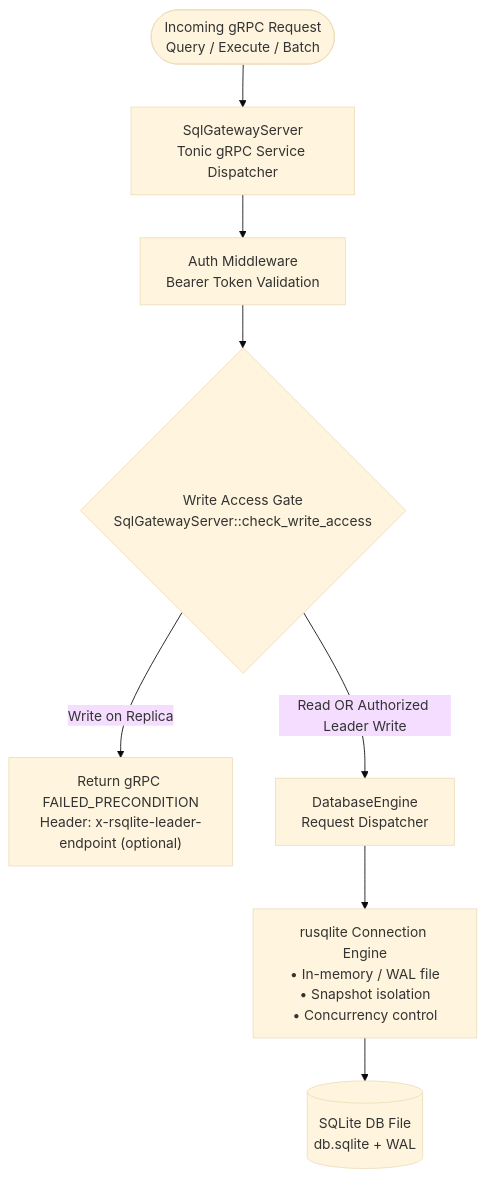
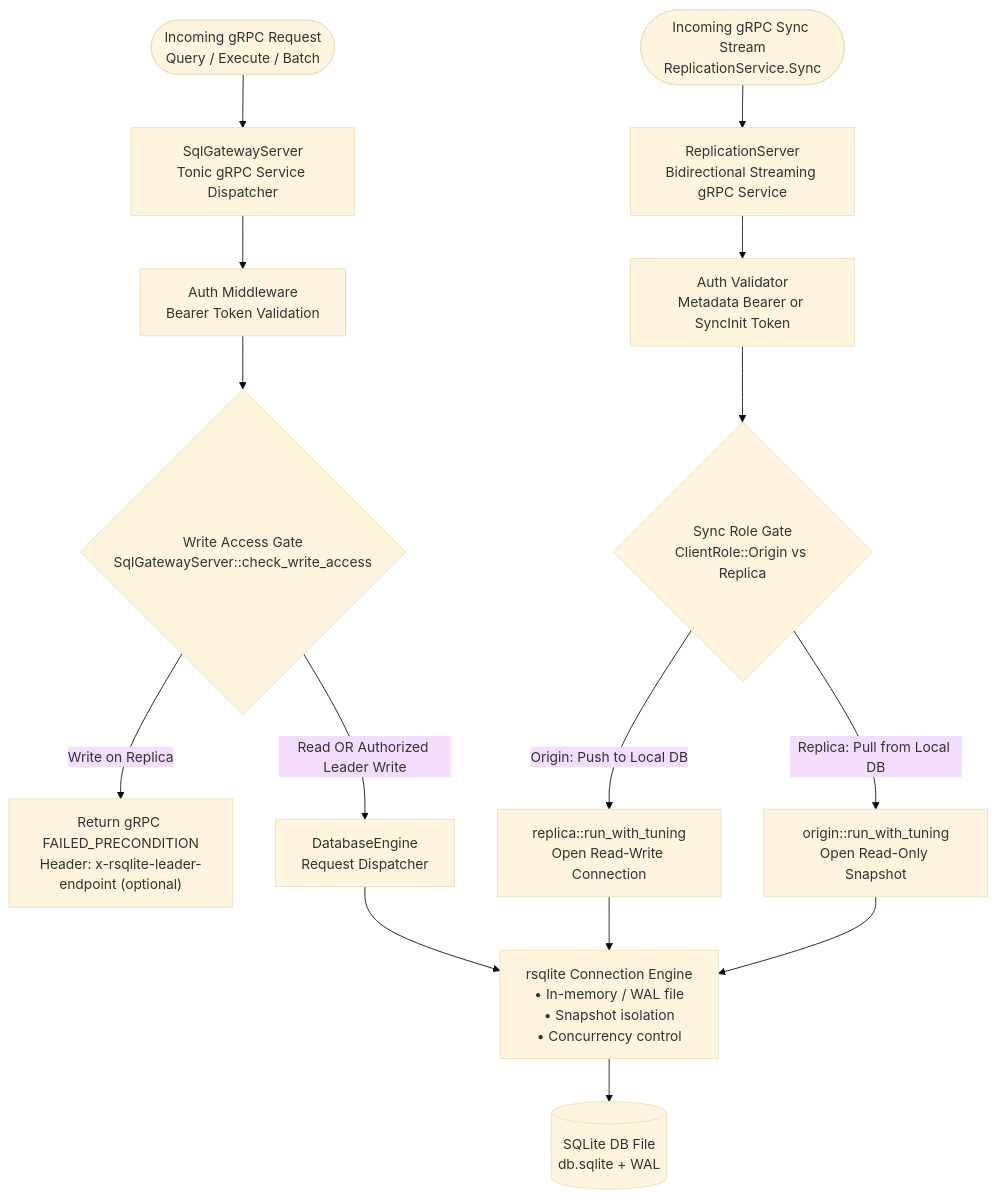
The third of 12 diagrams in docs/architecture-diagrams.md (sria91/rsqlite-rsync), drawn with Mermaid (base theme) before and after one commit. The commit also changed other lines of this file and 23 other files, not shown here.

First line of the commit message:
feat: native gRPC streaming replication, auth, and updated documentation (#17)

````diff
--- a/docs/architecture-diagrams.md
+++ b/docs/architecture-diagrams.md
@@ -130,12 +130,24 @@
 ```mermaid
 flowchart TD
     ClientReq([Incoming gRPC Request<br/>Query / Execute / Batch]) --> Server[SqlGatewayServer<br/>Tonic gRPC Service Dispatcher]
+    ReplReq([Incoming gRPC Sync Stream<br/>ReplicationService.Sync]) --> ReplServer[ReplicationServer<br/>Bidirectional Streaming gRPC Service]
+    
     Server --> Auth[Auth Middleware<br/>Bearer Token Validation]
+    ReplServer --> ReplAuth[Auth Validator<br/>Metadata Bearer or SyncInit Token]
+
     Auth --> RoleGate{Write Access Gate<br/>SqlGatewayServer::check_write_access}
 
     RoleGate -->|Write on Replica| ErrorResp["Return gRPC FAILED_PRECONDITION<br/>Header: x-rsqlite-leader-endpoint (optional)"]
     RoleGate -->|Read OR Authorized Leader Write| Engine[DatabaseEngine<br/>Request Dispatcher]
-    Engine --> SQLiteConn["rusqlite Connection Engine<br/>• In-memory / WAL file<br/>• Snapshot isolation<br/>• Concurrency control"]
+    
+    ReplAuth --> ReplRoleGate{Sync Role Gate<br/>ClientRole::Origin vs Replica}
+    ReplRoleGate -->|Origin: Push to Local DB| ReplWrite["replica::run_with_tuning<br/>Open Read-Write Connection"]
+    ReplRoleGate -->|Replica: Pull from Local DB| ReplRead["origin::run_with_tuning<br/>Open Read-Only Snapshot"]
+    
+    ReplWrite --> SQLiteConn
+    ReplRead --> SQLiteConn
+
+    Engine --> SQLiteConn["rsqlite Connection Engine<br/>• In-memory / WAL file<br/>• Snapshot isolation<br/>• Concurrency control"]
 
     SQLiteConn --> Disk[("SQLite DB File<br/>db.sqlite + WAL")]
 ```
````
